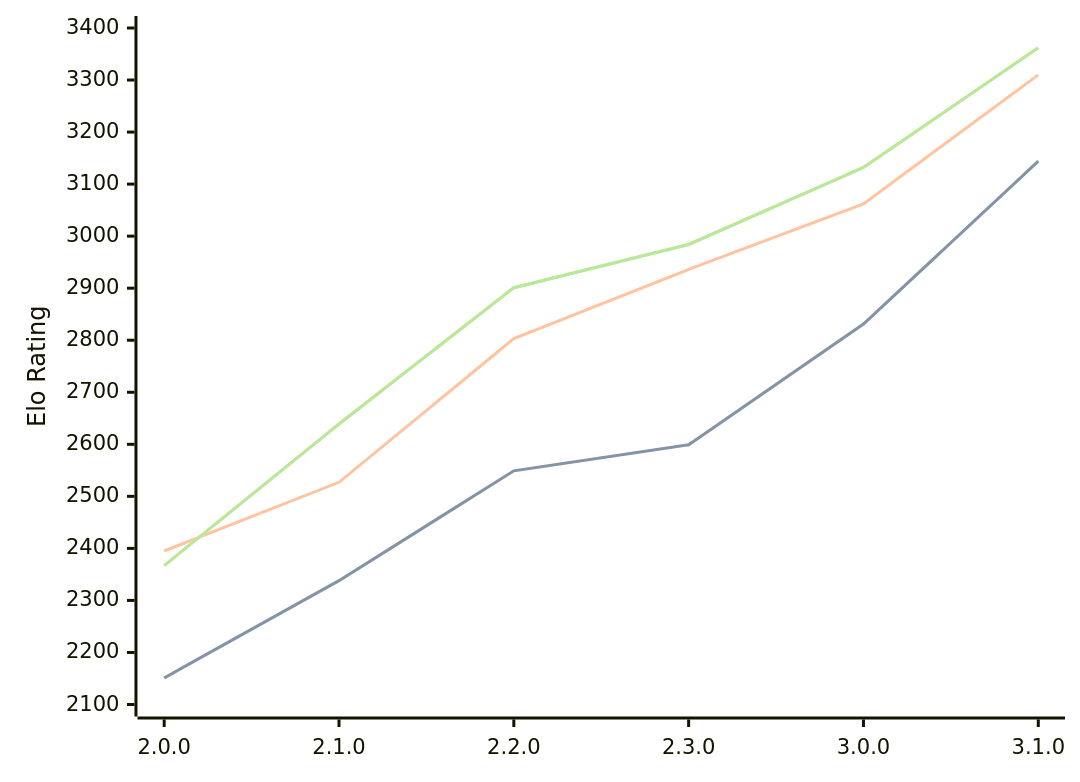
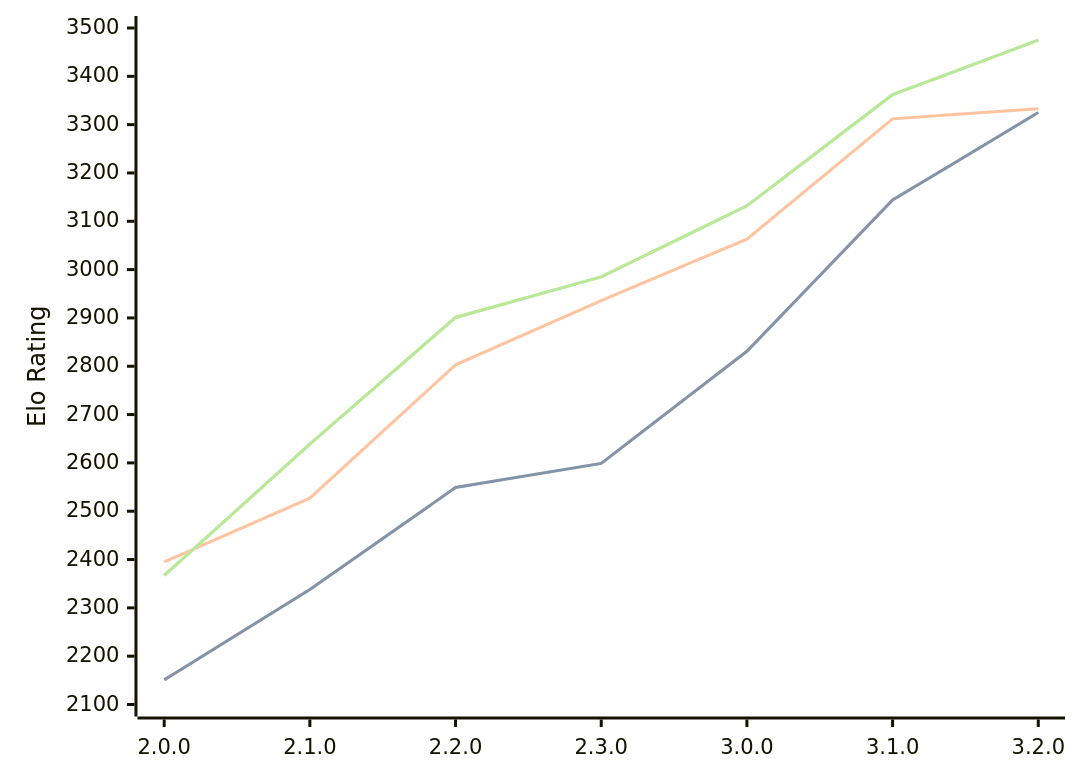
One commit to computer-chess-index/cci changed the diagram in engines/Raphael.md. Above: the diagram before and after it, drawn with Mermaid. The commit also changed other lines of this file, not shown here.

Commit message:
Update CCI Ratings (ELO VLTC) - 2026-03-20

````diff
--- a/engines/Raphael.md
+++ b/engines/Raphael.md
@@ -49,11 +49,11 @@
 ```mermaid
 %%{init: {"theme":"base","themeVariables":{"seriesColors:['#a3a3a3','#222221','#faa371']}}}%%
 xychart-beta
-  x-axis ["2.0.0", "2.1.0", "2.2.0", "2.3.0", "3.0.0", "3.1.0"]
-  y-axis "Elo Rating" 2100 --> 3400
-  line "STC (8.0+0.08s)" [2151, 2338, 2549, 2599, 2831, 3144]
-  line "STC (8.0+0.08s)" [2151, 2338, 2549, 2599, 2831, 3144]
-  line "LTC (60.0+0.60s)" [2395, 2527, 2803, 2936, 3062, 3310]
-  line "VLTC (2m24s+1.12s)" [2367, 2639, 2901, 2984, 3132, 3362]
-  line "VLTC (2m24s+1.12s)" [2367, 2639, 2901, 2984, 3132, 3362]
+  x-axis ["2.0.0", "2.1.0", "2.2.0", "2.3.0", "3.0.0", "3.1.0", "3.2.0"]
+  y-axis "Elo Rating" 2100 --> 3500
+  line "STC (8.0+0.08s)" [2151, 2338, 2549, 2599, 2831, 3144, 3325]
+  line "STC (8.0+0.08s)" [2151, 2338, 2549, 2599, 2831, 3144, 3325]
+  line "LTC (60.0+0.60s)" [2395, 2527, 2803, 2936, 3063, 3312, 3333]
+  line "VLTC (2m24s+1.12s)" [2367, 2639, 2901, 2985, 3132, 3362, 3475]
+  line "VLTC (2m24s+1.12s)" [2367, 2639, 2901, 2985, 3132, 3362, 3475]
 ```
````
